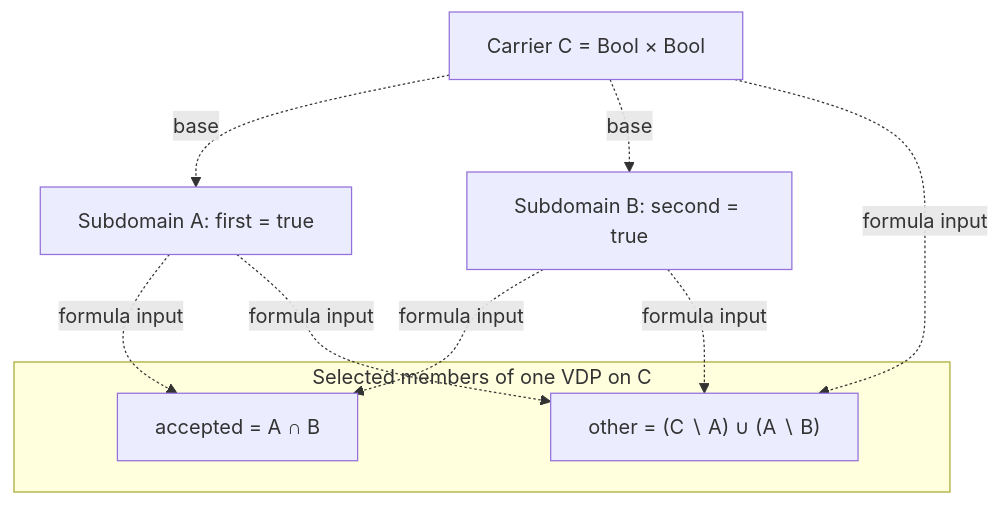
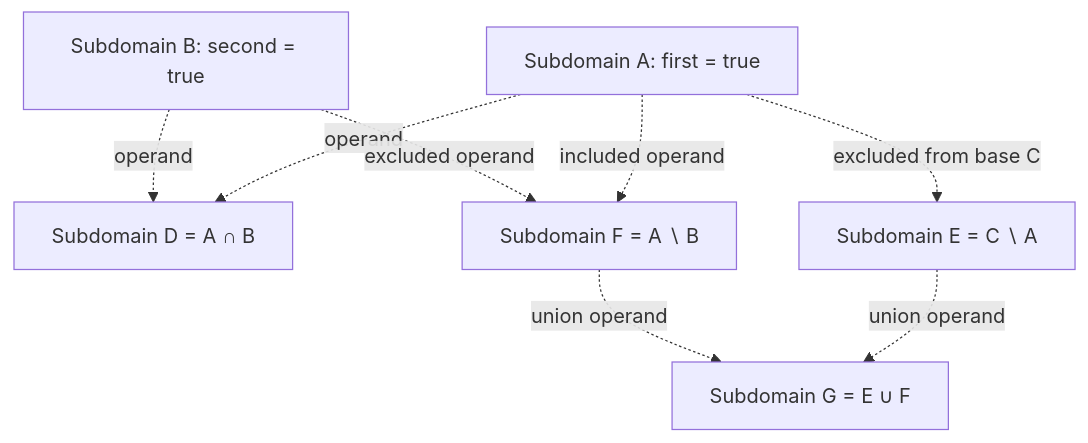
The sixth of 7 diagrams in README.md (mrvanish97/archiscript), drawn with Mermaid before and after one commit. The commit also changed other lines of this file, not shown here.

Commit message:
docs: split subdomain deductions from VDP member semantics

````diff
--- a/README.md
+++ b/README.md
@@ -639,17 +639,16 @@
 ```mermaid
 flowchart TD
-  C["Carrier C = Bool × Bool"]
   A["Subdomain A: first = true"]
   B["Subdomain B: second = true"]
-  subgraph V["Selected members of one VDP on C"]
-    M1["accepted = A ∩ B"]
-    M2["other = (C ∖ A) ∪ (A ∖ B)"]
-  end
-  C -.->|"base"| A
-  C -.->|"base"| B
-  A -.->|"formula input"| M1
-  B -.->|"formula input"| M1
-  C -.->|"formula input"| M2
-  A -.->|"formula input"| M2
-  B -.->|"formula input"| M2
+  D["Subdomain D = A ∩ B"]
+  E["Subdomain E = C ∖ A"]
+  F["Subdomain F = A ∖ B"]
+  G["Subdomain G = E ∪ F"]
+  A -.->|"operand"| D
+  B -.->|"operand"| D
+  A -.->|"excluded from base C"| E
+  A -.->|"included operand"| F
+  B -.->|"excluded operand"| F
+  E -.->|"union operand"| G
+  F -.->|"union operand"| G
 ```
````
